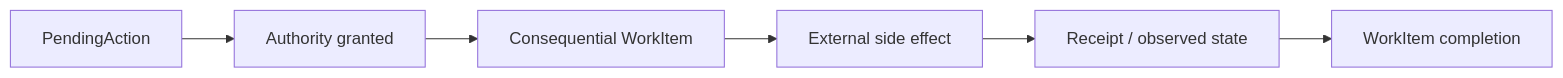
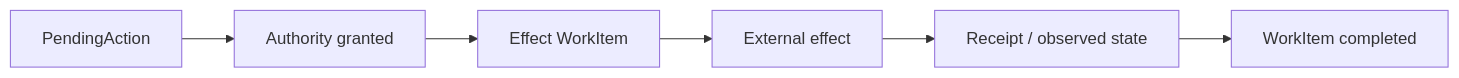
The eighth of 8 diagrams in docs/architecture/interaction-model.md (tsuuanmi/AgentOS), drawn with Mermaid before and after one commit. The commit also changed other lines of this file, not shown here.

```diff
--- a/docs/architecture/interaction-model.md
+++ b/docs/architecture/interaction-model.md
@@ -340,11 +213,11 @@
 ~~~mermaid
 flowchart LR
-    PA[PendingAction]
-    AUTH[Authority granted]
-    WORK[Consequential WorkItem]
-    EFFECT[External side effect]
-    EVIDENCE[Receipt / observed state]
-    COMPLETE[WorkItem completion]
+    P[PendingAction]
+    A[Authority granted]
+    W[Effect WorkItem]
+    E[External effect]
+    R[Receipt / observed state]
+    C[WorkItem completed]
 
-    PA --> AUTH --> WORK --> EFFECT --> EVIDENCE --> COMPLETE
+    P --> A --> W --> E --> R --> C
 ~~~
```
